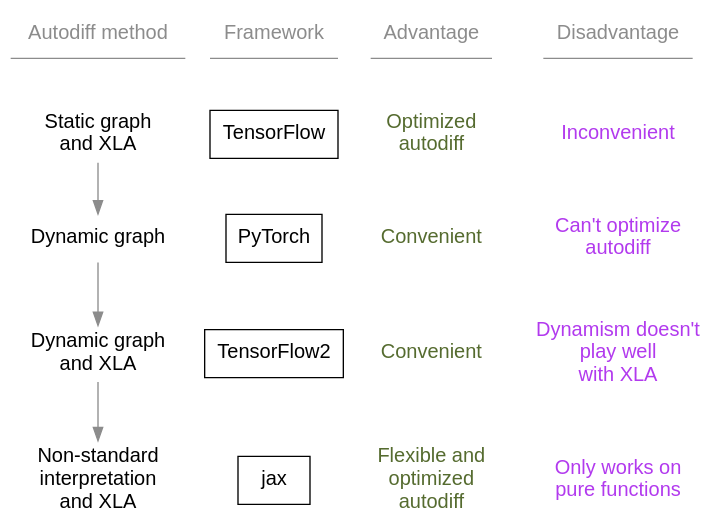
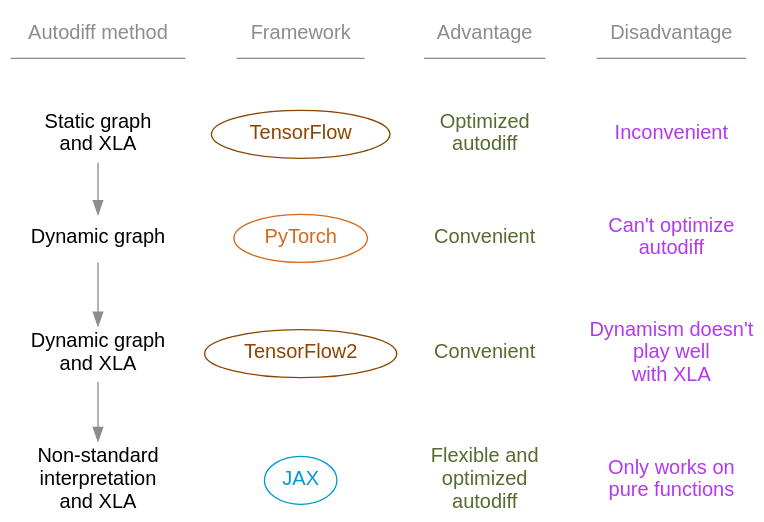
The diagram in ml/jx_why.qmd (WestDRI/arc-training), drawn with Graphviz before and after one commit. The commit also changed other lines of this file and 6 other files, not shown here.

Commit message:
jx why: replace gtrend embedded by img (keeps breaking), improve graph color, add abstract, add a bit of content

````diff
--- a/ml/jx_why.qmd
+++ b/ml/jx_why.qmd
@@ -26,54 +42,54 @@
 ```{dot}
 //| echo: false
 //| fig-height: 450px
 
 strict digraph {
   
 bgcolor="transparent"
 graph [fontname="Inconsolata, sans-serif"]
 node [fontname="Inconsolata, sans-serif", fontsize=15]
 
 01 [label="Autodiff method", shape=underline, group=g1, group=g1, fontcolor=gray55, color=gray55]
 1 [label="Static graph\nand XLA", shape=plaintext, group=g1, group=g1]
 2 [label="Dynamic graph", shape=plaintext, group=g1]
 4 [label="Dynamic graph\nand XLA", shape=plaintext, group=g1]
 5 [label="Non-standard\ninterpretation\nand XLA", shape=plaintext, group=g1]
 
 02 [label="Framework", shape=plaintext, group=g2, shape=underline, fontcolor=gray55, color=gray55]
-a [label="TensorFlow", shape=plaintext, group=g2, shape=box]
-b [label="PyTorch", shape=plaintext, group=g2, shape=box]
-d [label="TensorFlow2", shape=plaintext, group=g2, shape=box]
-e [label="jax", shape=plaintext, group=g2, shape=box]
+a [label="TensorFlow", shape=plaintext, group=g2, shape=oval, color=darkorange4, fontcolor=darkorange4]
+b [label="PyTorch", shape=plaintext, group=g2, shape=oval, color=chocolate, fontcolor=chocolate]
+d [label="TensorFlow2", shape=plaintext, group=g2, shape=oval, color=darkorange4, fontcolor=darkorange4]
+e [label="JAX", shape=plaintext, group=g2, shape=oval, color=deepskyblue3, fontcolor=deepskyblue3]
 
 03 [label=Advantage, shape=underline, group=g3, fontcolor=gray55, color=gray55]
 7 [label="Optimized\nautodiff", shape=plaintext, fontcolor=darkolivegreen, group=g3]
 8 [label="Convenient", shape=plaintext, fontcolor=darkolivegreen, group=g3]
 9 [label="Convenient", shape=plaintext, fontcolor=darkolivegreen, group=g3]
 10 [label="Flexible and\noptimized\nautodiff", shape=plaintext, fontcolor=darkolivegreen, group=g3]
 
 04 [label=Disadvantage, shape=underline, group=g4, fontcolor=gray55, color=gray55]
 A [label="Inconvenient", shape=plaintext, fontcolor=darkorchid2, group=g4]
 B [label="Can't optimize\nautodiff", shape=plaintext, fontcolor=darkorchid2, group=g4]
 D [label="Dynamism doesn't\nplay well\nwith XLA", shape=plaintext, fontcolor=darkorchid2, group=g4]
 E [label="Only works on\npure functions", shape=plaintext, fontcolor=darkorchid2, group=g4]
 
 {rank=same; 01 02 03 04}
 {rank=same; 1 a 7 A}
 {rank=same; 2 b 8 B}
 {rank=same; 4 d 9 D}
 {rank=same; 5 e 10 E}
 
 01 -> 02 -> 03 -> 04 [style=invis]
 1 -> a -> 7 -> A [style=invis]
 2 -> b -> 8 -> B [style=invis]
 4 -> d -> 9 -> D [style=invis]
 5 -> e -> 10 -> E [style=invis]
 
 01 -> 1 [style=invis]
 1 -> 2 -> 4 -> 5 [color=gray55]
 02 -> a -> b -> d -> e [style=invis]
 03 -> 7 -> 8 -> 9 -> 10 [style=invis]
 04 -> A -> B -> D -> E [style=invis]
 
 }
 ```
````
